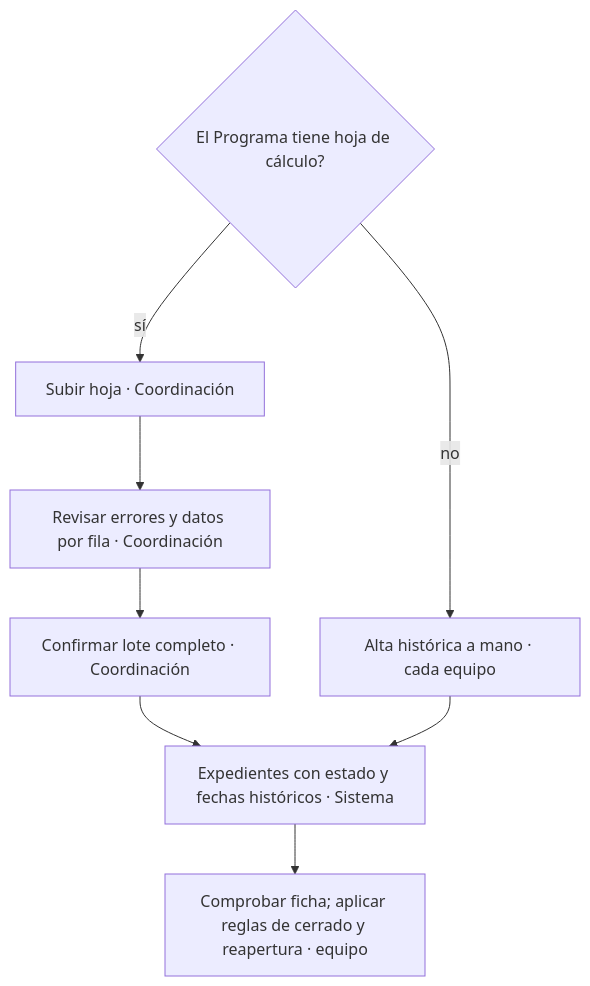
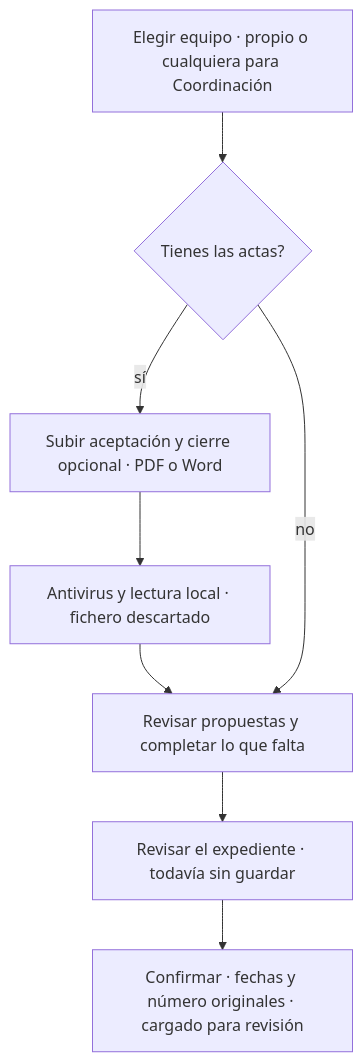
Diagram 16 of 18 in docs/producto/FLUJO_APP.md (aavidad/expedientes-etf), drawn with Mermaid before and after one commit. The commit also changed other lines of this file and 196 other files, not shown here.

Commit message:
Añade la carga desde Actas, los anexos en ODT y PDF firmado, las escalas opcionales y la guía para probar en Windows

````diff
--- a/docs/producto/FLUJO_APP.md
+++ b/docs/producto/FLUJO_APP.md
@@ -760,10 +762,10 @@
 ```mermaid
 flowchart TD
-  A{El Programa tiene hoja de cálculo?} -- sí --> B[Subir hoja · Coordinación]
-  B --> C[Revisar errores y datos por fila · Coordinación]
-  C --> D[Confirmar lote completo · Coordinación]
-  A -- no --> E[Alta histórica a mano · cada equipo]
-  D --> F[Expedientes con estado y fechas históricos · Sistema]
-  E --> F
-  F --> G[Comprobar ficha; aplicar reglas de cerrado y reapertura · equipo]
+  A[Elegir equipo · propio o cualquiera para Coordinación] --> B{Tienes las actas?}
+  B -- sí --> C[Subir aceptación y cierre opcional · PDF o Word]
+  C --> D[Antivirus y lectura local · fichero descartado]
+  D --> E[Revisar propuestas y completar lo que falta]
+  B -- no --> E
+  E --> F[Revisar el expediente · todavía sin guardar]
+  F --> G[Confirmar · fechas y número originales · cargado para revisión]
 ```
````
